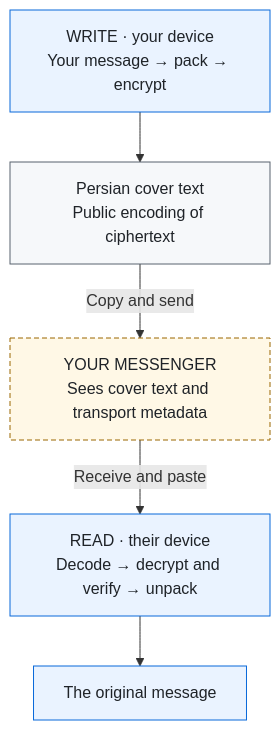
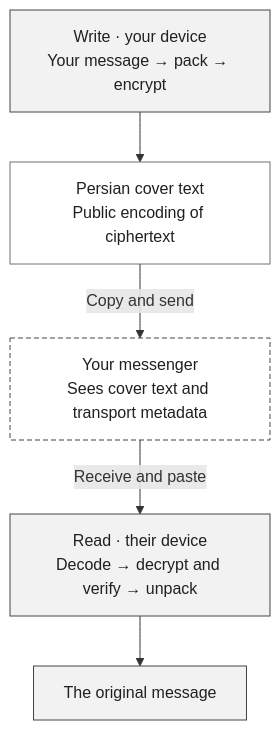
One commit to BodoVPN/bodo-pech-pech changed the first of 2 diagrams in README.md. Above: the diagram before and after it, drawn with Mermaid. The commit also changed other lines of this file and 16 other files, not shown here.

````diff
--- a/README.md
+++ b/README.md
@@ -61,17 +63,17 @@
 ```mermaid
 flowchart TB
   accTitle: A message from sender to recipient
   accDescr: The sender locally packs and encrypts their message, then encodes the ciphertext as Persian cover text. The messenger transports the cover. The recipient locally decodes it, authenticates and decrypts it, then unpacks the original message.
-  A["WRITE · your device<br/>Your message → pack → encrypt"]:::local
+  A["Write · your device<br/>Your message → pack → encrypt"]:::local
   B["Persian cover text<br/>Public encoding of ciphertext"]:::cover
-  C["YOUR MESSENGER<br/>Sees cover text and transport metadata"]:::transport
-  D["READ · their device<br/>Decode → decrypt and verify → unpack"]:::local
+  C["Your messenger<br/>Sees cover text and transport metadata"]:::transport
+  D["Read · their device<br/>Decode → decrypt and verify → unpack"]:::local
   E["The original message"]:::local
   A --> B
   B -->|Copy and send| C
   C -->|Receive and paste| D
   D --> E
-  classDef local fill:#eaf3ff,stroke:#0969da,color:#1f2328
-  classDef cover fill:#f6f8fa,stroke:#59636e,color:#1f2328
-  classDef transport fill:#fff8e6,stroke:#9a6700,color:#1f2328,stroke-dasharray:5 3
+  classDef local fill:#f2f2f2,stroke:#444444,color:#202020
+  classDef cover fill:#ffffff,stroke:#707070,color:#202020
+  classDef transport fill:#ffffff,stroke:#444444,color:#202020,stroke-dasharray:5 3
 ```
````
